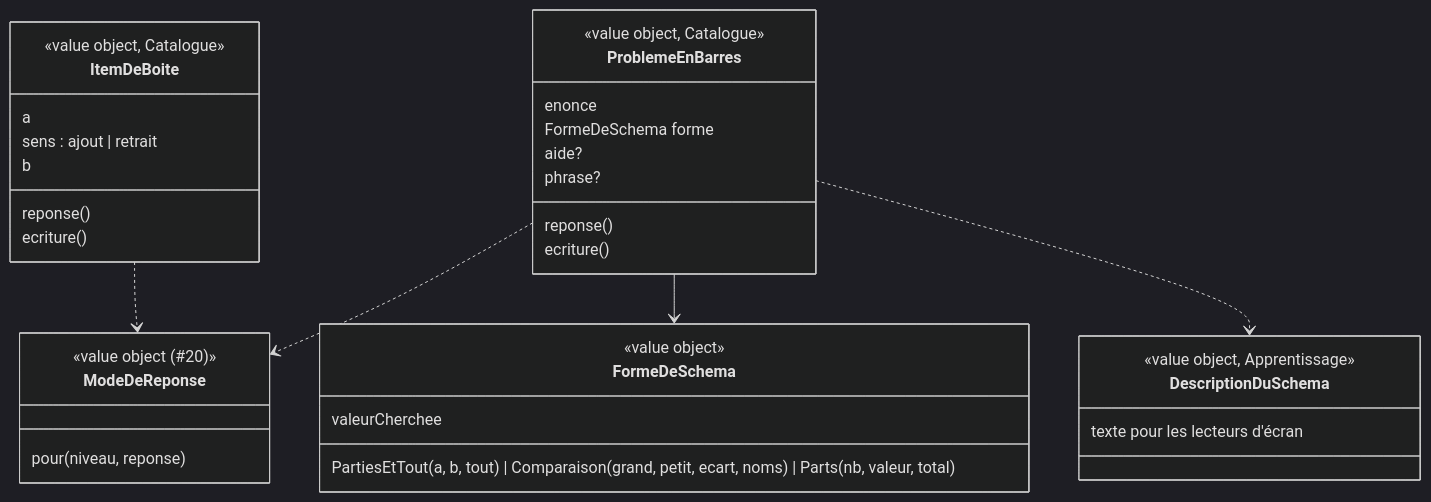
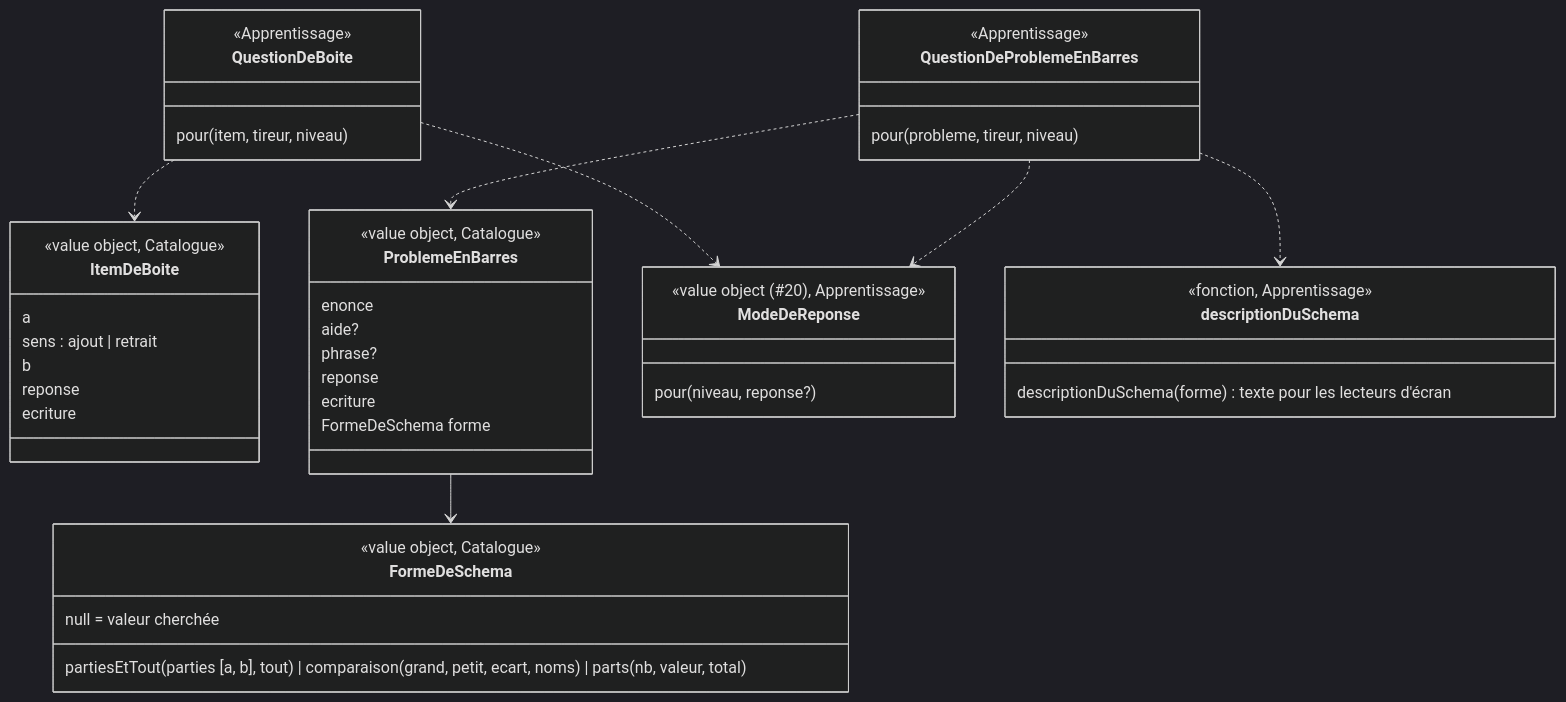
One commit to SBA-dev/github-move changed the diagram in docs/stories/21/domain-model.md. Above: the diagram before and after it, drawn with Mermaid (dark theme). The commit also changed other lines of this file and 1 other file, not shown here.

Commit message:
docs(#21): aligne le modèle sur le code livré et complète le glossaire
LeconMalFormee à la lecture, noms du code (ItemDeBoite, ProblemeEnBarres,
FormeDeSchema, QuestionDeBoite, QuestionDeProblemeEnBarres,
descriptionDuSchema, ModeDeReponse.pour(niveau, reponse?)), question #21.1.
Glossaire : problème en barres, parties et tout, comparaison, parts,
phrase réponse.

Claude-Session: https://claude.ai/code/session_01V8ujt2iSDZBGQQA7x1Rs7Z

````diff
--- a/docs/stories/21/domain-model.md
+++ b/docs/stories/21/domain-model.md
@@ -57,37 +57,47 @@
 ```mermaid
 classDiagram
   class ItemDeBoite {
     <<value object, Catalogue>>
     a
     sens : ajout | retrait
     b
-    reponse()
-    ecriture()
+    reponse
+    ecriture
   }
   class ProblemeEnBarres {
     <<value object, Catalogue>>
     enonce
-    FormeDeSchema forme
     aide?
     phrase?
-    reponse()
-    ecriture()
+    reponse
+    ecriture
+    FormeDeSchema forme
   }
   class FormeDeSchema {
-    <<value object>>
-    PartiesEtTout(a, b, tout) | Comparaison(grand, petit, ecart, noms) | Parts(nb, valeur, total)
-    valeurCherchee
+    <<value object, Catalogue>>
+    partiesEtTout(parties [a, b], tout) | comparaison(grand, petit, ecart, noms) | parts(nb, valeur, total)
+    null = valeur cherchée
+  }
+  class QuestionDeBoite {
+    <<Apprentissage>>
+    pour(item, tireur, niveau)
+  }
+  class QuestionDeProblemeEnBarres {
+    <<Apprentissage>>
+    pour(probleme, tireur, niveau)
   }
   class ModeDeReponse {
-    <<value object (#20)>>
-    pour(niveau, reponse)
+    <<value object (#20), Apprentissage>>
+    pour(niveau, reponse?)
   }
-  class DescriptionDuSchema {
-    <<value object, Apprentissage>>
-    texte pour les lecteurs d'écran
+  class descriptionDuSchema {
+    <<fonction, Apprentissage>>
+    descriptionDuSchema(forme) texte pour les lecteurs d'écran
   }
   ProblemeEnBarres --> FormeDeSchema
-  ProblemeEnBarres ..> DescriptionDuSchema
-  ItemDeBoite ..> ModeDeReponse
-  ProblemeEnBarres ..> ModeDeReponse
+  QuestionDeBoite ..> ItemDeBoite
+  QuestionDeProblemeEnBarres ..> ProblemeEnBarres
+  QuestionDeProblemeEnBarres ..> descriptionDuSchema
+  QuestionDeBoite ..> ModeDeReponse
+  QuestionDeProblemeEnBarres ..> ModeDeReponse
 ```
````
